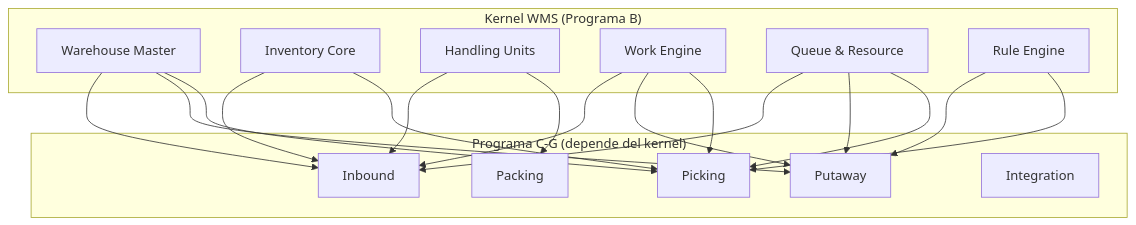
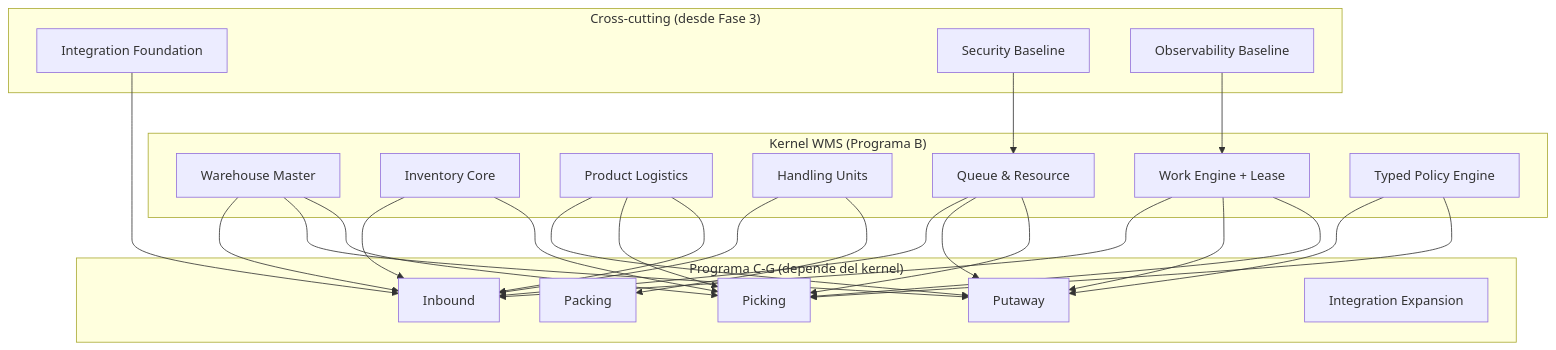
Before and after one commit to Oravlalesco/Odoo-ERP: the diagram in docs/04-roadmap/02-programa-b.md, drawn with Mermaid. The commit also changed other lines of this file and 9 other files, not shown here.

````diff
--- a/docs/04-roadmap/02-programa-b.md
+++ b/docs/04-roadmap/02-programa-b.md
@@ -45,35 +74,48 @@
 ```mermaid
 graph TB
     subgraph "Kernel WMS (Programa B)"
         WM["Warehouse Master"]
         INV["Inventory Core"]
+        PLM["Product Logistics"]
         HU["Handling Units"]
-        WE["Work Engine"]
+        WE["Work Engine + Lease"]
         QR["Queue & Resource"]
-        RE["Rule Engine"]
+        RE["Typed Policy Engine"]
+    end
+
+    subgraph "Cross-cutting (desde Fase 3)"
+        INT_F["Integration Foundation"]
+        SEC["Security Baseline"]
+        OBS["Observability Baseline"]
     end
 
     subgraph "Programa C-G (depende del kernel)"
         IN["Inbound"]
         PUT["Putaway"]
         PICK["Picking"]
         PACK["Packing"]
-        INT["Integration"]
+        INT["Integration Expansion"]
     end
 
     WM --> IN
     WM --> PUT
     WM --> PICK
     INV --> IN
     INV --> PICK
+    PLM --> PUT
+    PLM --> PICK
+    PLM --> IN
     HU --> IN
     HU --> PACK
     WE --> IN
     WE --> PUT
     WE --> PICK
     QR --> IN
     QR --> PUT
     QR --> PICK
     RE --> PUT
     RE --> PICK
+    INT_F --> IN
+    OBS --> WE
+    SEC --> QR
 ```
````
